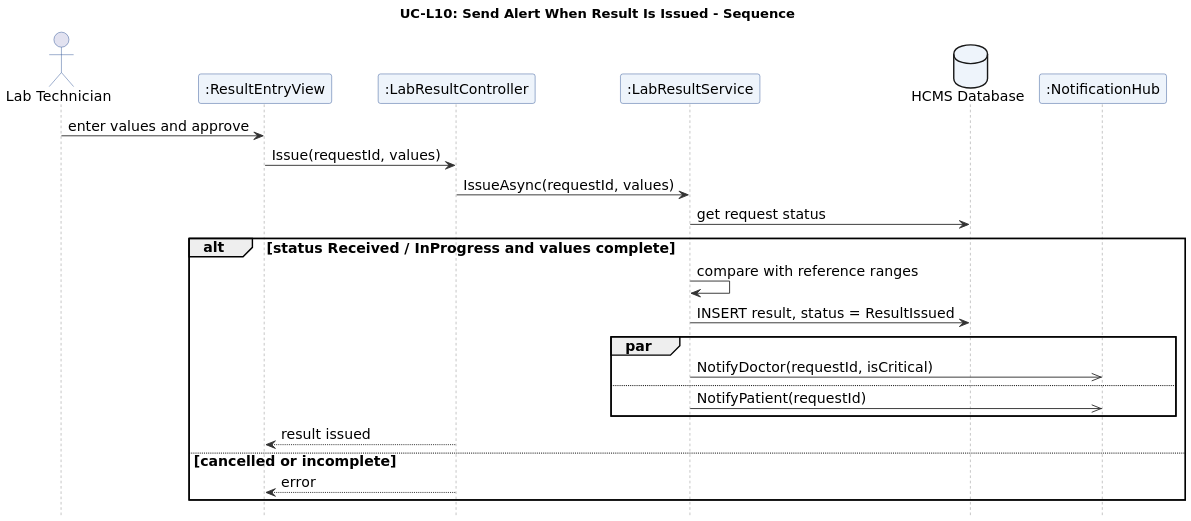
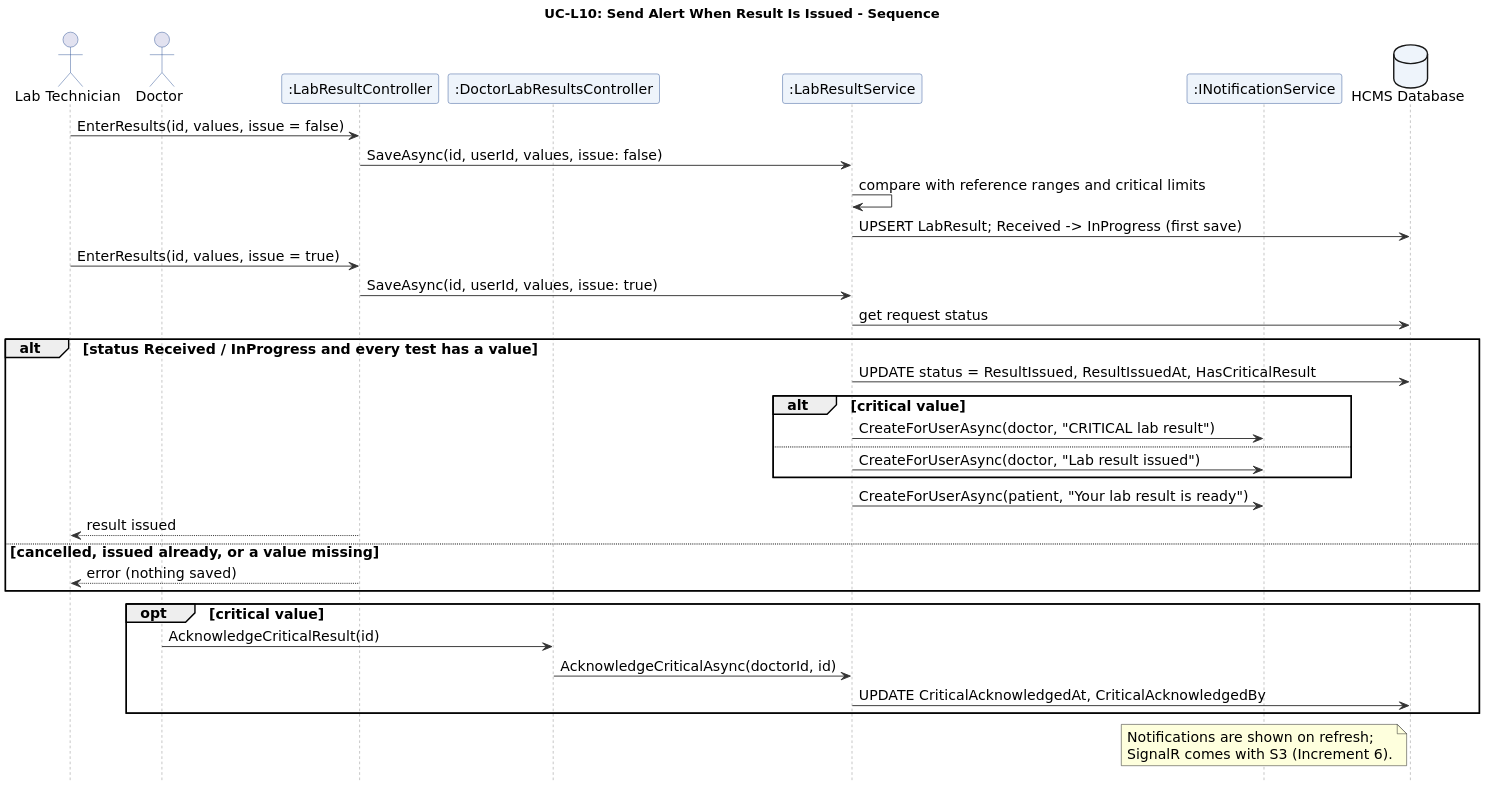
The diagram in docs/diagrams/UC-L10_seq.puml (aymansl/HCMS), drawn with PlantUML before and after one commit. The commit also changed 41 other files, not shown here.

Commit message:
feat(lab): issue lab result and alert doctor and patient (L10)

```diff
--- a/docs/diagrams/UC-L10_seq.puml
+++ b/docs/diagrams/UC-L10_seq.puml
@@ -1,47 +1,57 @@
 @startuml
 skinparam dpi 170
 skinparam shadowing false
 skinparam defaultFontName DejaVu Sans
 skinparam defaultFontSize 12
 skinparam ArrowColor #333333
 skinparam ActivityBackgroundColor #EEF4FB
 skinparam ActivityBorderColor #2F5597
 skinparam ActivityDiamondBackgroundColor #FFF7E0
 skinparam SwimlaneTitleFontStyle bold
 skinparam ParticipantBackgroundColor #EEF4FB
 skinparam ParticipantBorderColor #2F5597
 skinparam SequenceLifeLineBorderColor #888888
 skinparam UsecaseBackgroundColor #EEF4FB
 skinparam UsecaseBorderColor #2F5597
 skinparam ActorBorderColor #2F5597
 skinparam DatabaseBackgroundColor #EEF4FB
 skinparam SequenceGroupHeaderFontStyle bold
 title UC-L10: Send Alert When Result Is Issued - Sequence
 skinparam defaultFontSize 15
 skinparam ParticipantFontSize 15
 skinparam ActorFontSize 15
 skinparam DatabaseFontSize 15
 hide footbox
 actor "Lab Technician" as U
-participant ":ResultEntryView" as V
+actor Doctor as D
 participant ":LabResultController" as C
+participant ":DoctorLabResultsController" as DC
 participant ":LabResultService" as S
+participant ":INotificationService" as N
 database "HCMS Database" as DB
-participant ":NotificationHub" as H
-U -> V : enter values and approve
-V -> C : Issue(requestId, values)
-C -> S : IssueAsync(requestId, values)
+U -> C : EnterResults(id, values, issue = false)
+C -> S : SaveAsync(id, userId, values, issue: false)
+S -> S : compare with reference ranges and critical limits
+S -> DB : UPSERT LabResult; Received -> InProgress (first save)
+U -> C : EnterResults(id, values, issue = true)
+C -> S : SaveAsync(id, userId, values, issue: true)
 S -> DB : get request status
-alt status Received / InProgress and values complete
-  S -> S : compare with reference ranges
-  S -> DB : INSERT result, status = ResultIssued
-  par
-    S ->> H : NotifyDoctor(requestId, isCritical)
+alt status Received / InProgress and every test has a value
+  S -> DB : UPDATE status = ResultIssued, ResultIssuedAt, HasCriticalResult
+  alt critical value
+    S -> N : CreateForUserAsync(doctor, "CRITICAL lab result")
   else
-    S ->> H : NotifyPatient(requestId)
+    S -> N : CreateForUserAsync(doctor, "Lab result issued")
   end
-  C --> V : result issued
-else cancelled or incomplete
-  C --> V : error
+  S -> N : CreateForUserAsync(patient, "Your lab result is ready")
+  C --> U : result issued
+else cancelled, issued already, or a value missing
+  C --> U : error (nothing saved)
 end
+opt critical value
+  D -> DC : AcknowledgeCriticalResult(id)
+  DC -> S : AcknowledgeCriticalAsync(doctorId, id)
+  S -> DB : UPDATE CriticalAcknowledgedAt, CriticalAcknowledgedBy
+end
+note over N : Notifications are shown on refresh;\nSignalR comes with S3 (Increment 6).
 @enduml
```
